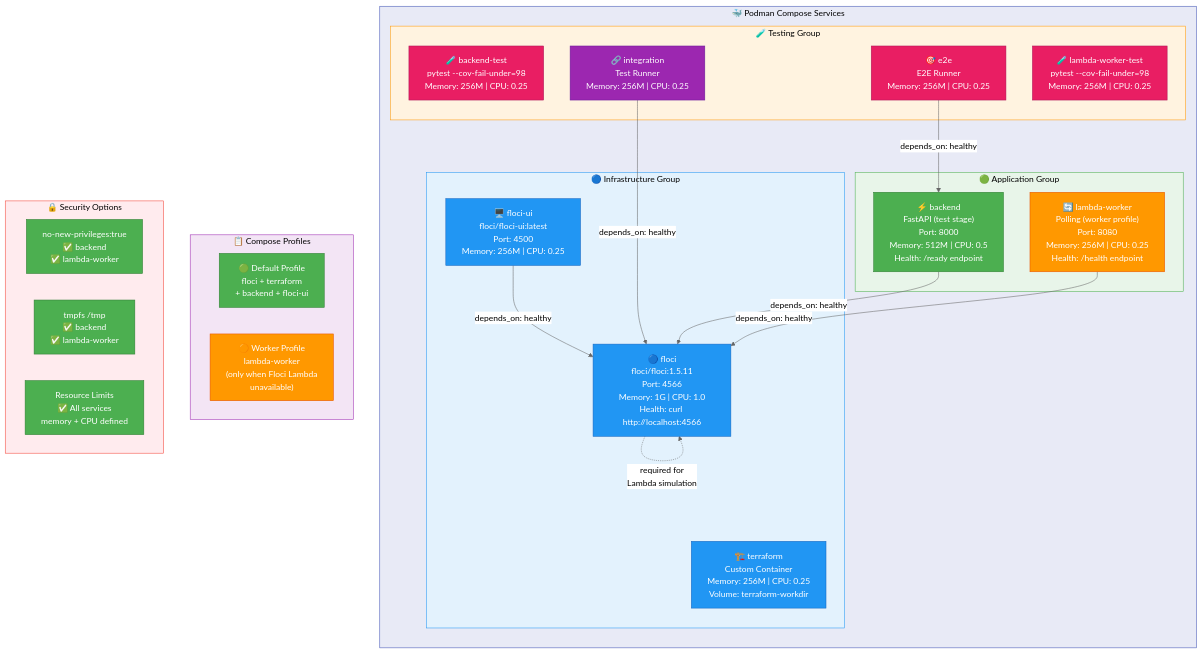
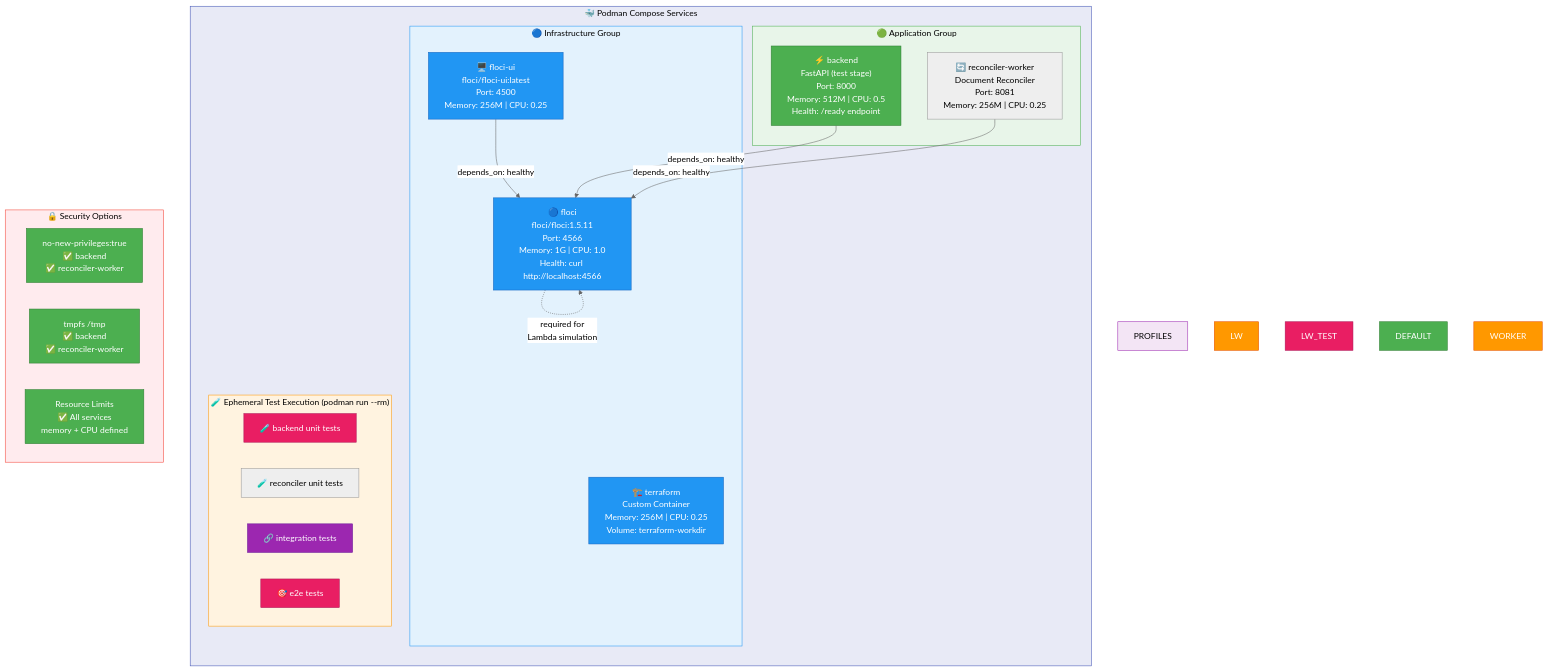
Before and after one commit to sergio11/aws_serverless_pipeline_poc: the fifth of 6 diagrams in README.md, drawn with Mermaid (neutral theme). The commit also changed other lines of this file and 5 other files, not shown here.

First line of the commit message:
refactor(infra): optimize compose setup and fix Podman E2E test execution

````diff
--- a/README.md
+++ b/README.md
@@ -552,64 +545,57 @@
 ```mermaid
 graph TB
     subgraph PODMAN["🐳 Podman Compose Services"]
         direction TB
 
         subgraph INFRA_GROUP["🔵 Infrastructure Group"]
             FLOCI["🔵 floci<br/>floci/floci:1.5.11<br/>Port: 4566<br/>Memory: 1G | CPU: 1.0<br/>Health: curl http://localhost:4566"]
             FLOCI_UI["🖥️ floci-ui<br/>floci/floci-ui:latest<br/>Port: 4500<br/>Memory: 256M | CPU: 0.25"]
             TF["🏗️ terraform<br/>Custom Container<br/>Memory: 256M | CPU: 0.25<br/>Volume: terraform-workdir"]
         end
 
         subgraph APP_GROUP["🟢 Application Group"]
             BE["⚡ backend<br/>FastAPI (test stage)<br/>Port: 8000<br/>Memory: 512M | CPU: 0.5<br/>Health: /ready endpoint"]
-            LW["🔄 lambda-worker<br/>Polling (worker profile)<br/>Port: 8080<br/>Memory: 256M | CPU: 0.25<br/>Health: /health endpoint"]
+            REC["🔄 reconciler-worker<br/>Document Reconciler<br/>Port: 8081<br/>Memory: 256M | CPU: 0.25"]
         end
 
-        subgraph TEST_GROUP["🧪 Testing Group"]
-            BE_TEST["🧪 backend-test<br/>pytest --cov-fail-under=98<br/>Memory: 256M | CPU: 0.25"]
-            LW_TEST["🧪 lambda-worker-test<br/>pytest --cov-fail-under=98<br/>Memory: 256M | CPU: 0.25"]
-            INT["🔗 integration<br/>Test Runner<br/>Memory: 256M | CPU: 0.25"]
-            E2E["🎯 e2e<br/>E2E Runner<br/>Memory: 256M | CPU: 0.25"]
+        subgraph TEST_GROUP["🧪 Ephemeral Test Execution (podman run --rm)"]
+            BE_TEST["🧪 backend unit tests"]
+            REC_TEST["🧪 reconciler unit tests"]
+            INT["🔗 integration tests"]
+            E2E["🎯 e2e tests"]
         end
     end
 
     FLOCI_UI -->|"depends_on: healthy"| FLOCI
     BE -->|"depends_on: healthy"| FLOCI
-    LW -->|"depends_on: healthy"| FLOCI
-    INT -->|"depends_on: healthy"| FLOCI
-    E2E -->|"depends_on: healthy"| BE
-
-    subgraph PROFILES["📋 Compose Profiles"]
-        DEFAULT["🟢 Default Profile<br/>floci + terraform<br/>+ backend + floci-ui"]
-        WORKER["🟠 Worker Profile<br/>lambda-worker<br/>(only when Floci Lambda<br/>unavailable)"]
-    end
+    REC -->|"depends_on: healthy"| FLOCI
 
     subgraph SECURITY_OPTS["🔒 Security Options"]
-        SEC_NO_NEW["no-new-privileges:true<br/>✅ backend<br/>✅ lambda-worker"]
-        SEC_TMPFS["tmpfs /tmp<br/>✅ backend<br/>✅ lambda-worker"]
+        SEC_NO_NEW["no-new-privileges:true<br/>✅ backend<br/>✅ reconciler-worker"]
+        SEC_TMPFS["tmpfs /tmp<br/>✅ backend<br/>✅ reconciler-worker"]
         SEC_LIMITS["Resource Limits<br/>✅ All services<br/>memory + CPU defined"]
     end
 
     FLOCI -.->|"required for<br/>Lambda simulation"| FLOCI
 
     style PODMAN fill:#E8EAF6,color:#000,stroke:#3F51B5
     style INFRA_GROUP fill:#E3F2FD,color:#000,stroke:#2196F3
     style APP_GROUP fill:#E8F5E9,color:#000,stroke:#4CAF50
     style TEST_GROUP fill:#FFF3E0,color:#000,stroke:#FF9800
     style PROFILES fill:#F3E5F5,color:#000,stroke:#9C27B0
     style SECURITY_OPTS fill:#FFEBEE,color:#000,stroke:#F44336
     style FLOCI fill:#2196F3,color:#fff,stroke:#1565C0
     style BE fill:#4CAF50,color:#fff,stroke:#2E7D32
     style LW fill:#FF9800,color:#fff,stroke:#E65100
     style E2E fill:#E91E63,color:#fff,stroke:#AD1457
     style INT fill:#9C27B0,color:#fff,stroke:#6A1B9A
     style BE_TEST fill:#E91E63,color:#fff,stroke:#AD1457
     style LW_TEST fill:#E91E63,color:#fff,stroke:#AD1457
     style FLOCI_UI fill:#2196F3,color:#fff,stroke:#1565C0
     style TF fill:#2196F3,color:#fff,stroke:#1565C0
     style DEFAULT fill:#4CAF50,color:#fff,stroke:#2E7D32
     style WORKER fill:#FF9800,color:#fff,stroke:#E65100
     style SEC_NO_NEW fill:#4CAF50,color:#fff,stroke:#2E7D32
     style SEC_TMPFS fill:#4CAF50,color:#fff,stroke:#2E7D32
     style SEC_LIMITS fill:#4CAF50,color:#fff,stroke:#2E7D32
 ```
````
